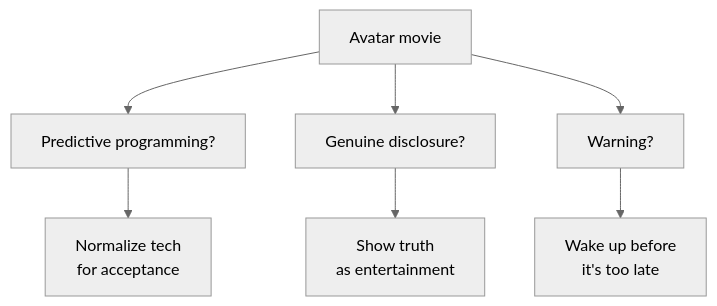
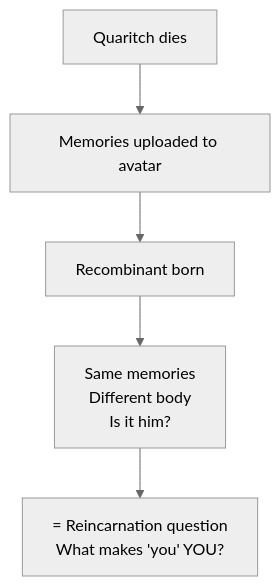
One commit to dyukahi/knowledge changed the sixth of 6 diagrams in esoterica/Avatar - Disclosure Của Eywa & Gaia.md. Above: the diagram before and after it, drawn with Mermaid (neutral theme). The commit also changed other lines of this file, not shown here.

Commit message:
Rewrite Avatar article: World building, clans, characters, then esoteric synthesis

````diff
--- a/esoterica/Avatar - Disclosure Của Eywa & Gaia.md
+++ b/esoterica/Avatar - Disclosure Của Eywa & Gaia.md
@@ -411,12 +455,9 @@
 ```mermaid
 flowchart TD
-    A["Avatar movie"]
+    Q1["Quaritch dies"]
+    Q1 --> Q2["Memories uploaded to avatar"]
+    Q2 --> Q3["Recombinant born"]
+    Q3 --> Q4["Same memories<br/>Different body<br/>Is it him?"]
     
-    A --> P["Predictive programming?"]
-    A --> D["Genuine disclosure?"]
-    A --> W["Warning?"]
-    
-    P --> P1["Normalize tech<br/>for acceptance"]
-    D --> D1["Show truth<br/>as entertainment"]
-    W --> W1["Wake up before<br/>it's too late"]
+    Q4 --> P["= Reincarnation question<br/>What makes 'you' YOU?"]
 ```
````
